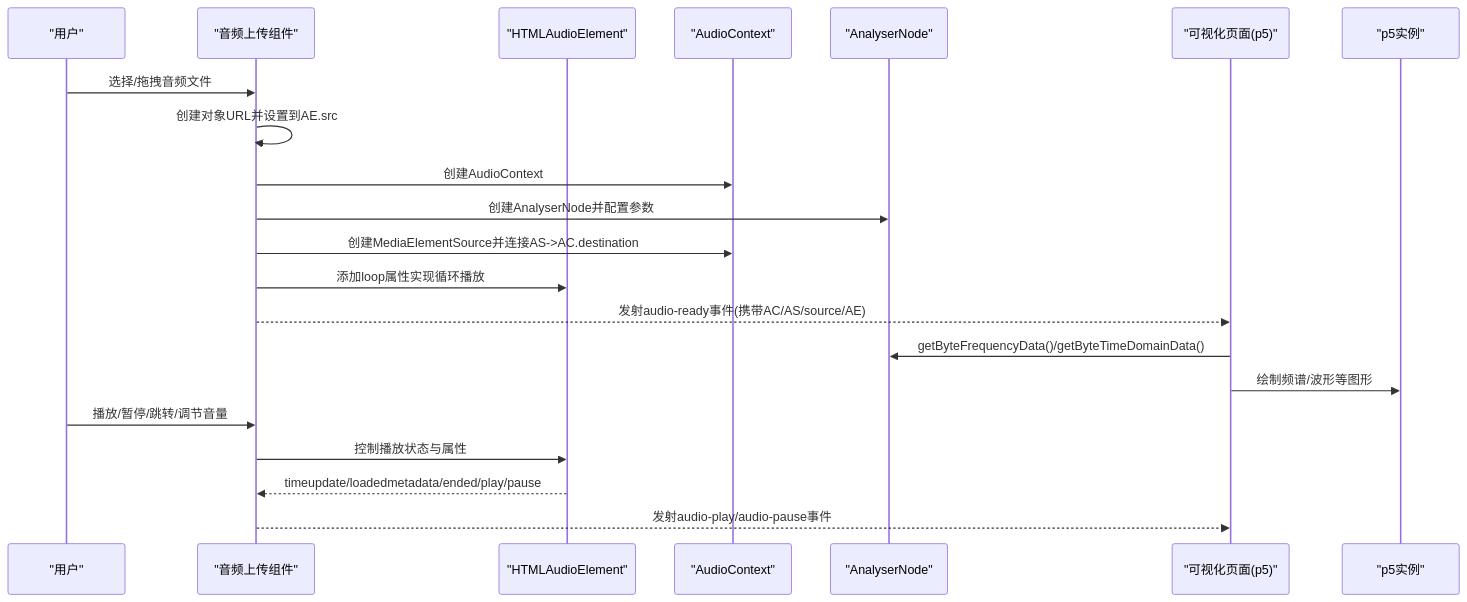
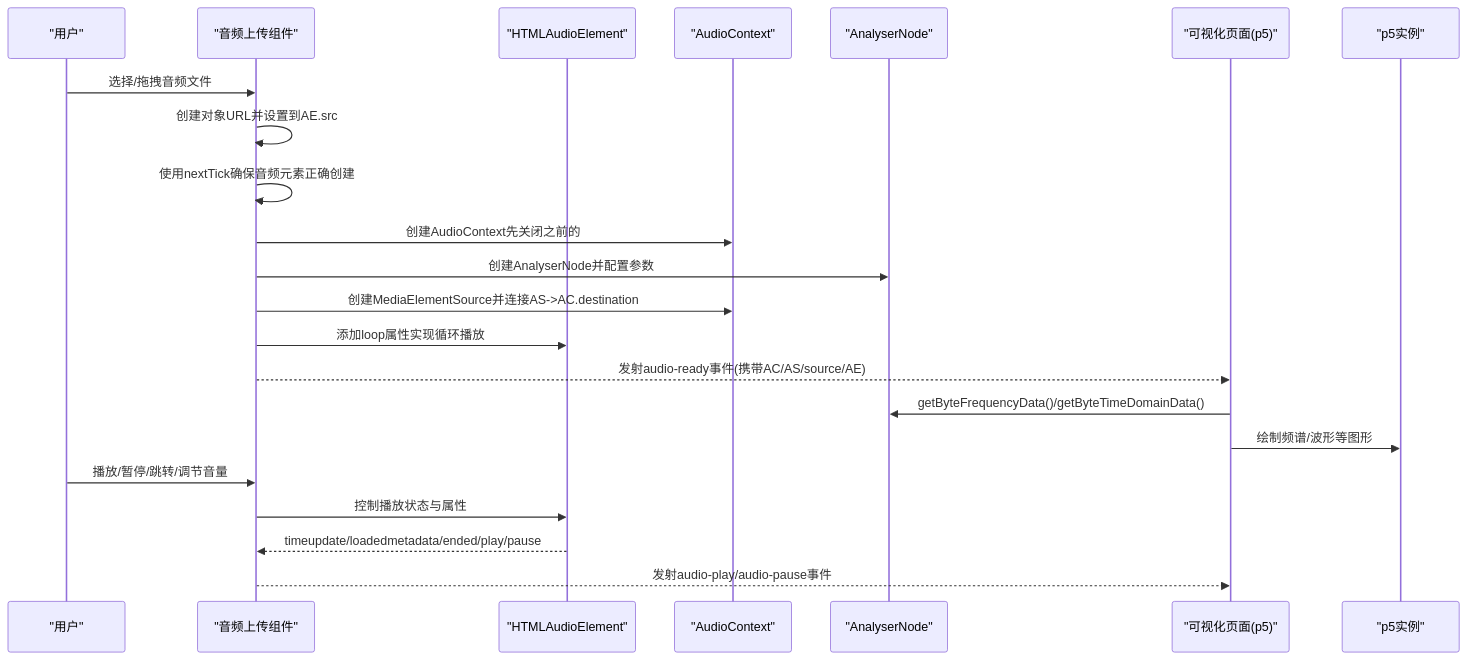
The second of 4 diagrams in .qoder/repowiki/zh/content/核心组件/音频上传组件.md (yuyezhizhi/yuyezhizhi.github.io), drawn with Mermaid before and after one commit. The commit also changed other lines of this file and 6 other files, not shown here.

````diff
--- a/.qoder/repowiki/zh/content/核心组件/音频上传组件.md
+++ b/.qoder/repowiki/zh/content/核心组件/音频上传组件.md
@@ -97,23 +91,24 @@
 ```mermaid
 sequenceDiagram
 participant U as "用户"
 participant AU as "音频上传组件"
 participant AE as "HTMLAudioElement"
 participant AC as "AudioContext"
 participant AS as "AnalyserNode"
 participant VS as "可视化页面(p5)"
 participant P as "p5实例"
 U->>AU : 选择/拖拽音频文件
 AU->>AU : 创建对象URL并设置到AE.src
-AU->>AC : 创建AudioContext
+AU->>AU : 使用nextTick确保音频元素正确创建
+AU->>AC : 创建AudioContext先关闭之前的
 AU->>AS : 创建AnalyserNode并配置参数
 AU->>AC : 创建MediaElementSource并连接AS->AC.destination
 AU->>AE : 添加loop属性实现循环播放
 AU-->>VS : 发射audio-ready事件(携带AC/AS/source/AE)
 VS->>AS : getByteFrequencyData()/getByteTimeDomainData()
 VS->>P : 绘制频谱/波形等图形
 U->>AU : 播放/暂停/跳转/调节音量
 AU->>AE : 控制播放状态与属性
 AE-->>AU : timeupdate/loadedmetadata/ended/play/pause
 AU-->>VS : 发射audio-play/audio-pause事件
 ```
````
